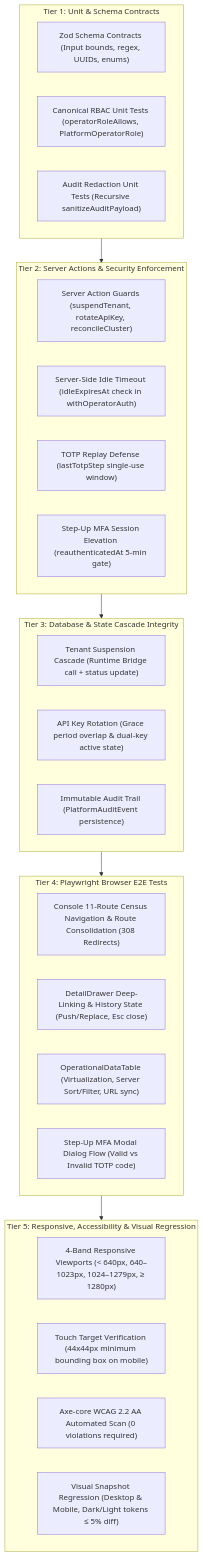
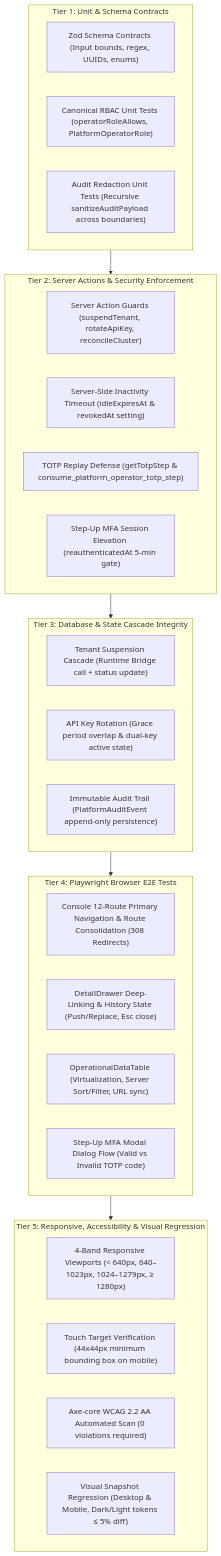
One commit to Nikhil-ig/OrbitoX-Platform changed the first of 2 diagrams in docs/ui-reset/phase-7c/08_TEST_PLAN_AND_ACCEPTANCE_CRITERIA.md. Above: the diagram before and after it, drawn with Mermaid. The commit also changed other lines of this file and 4 other files, not shown here.

Commit message:
docs(7c): reconcile 52-route census, grounded session and totp contracts, and dual audit redaction

````diff
--- a/docs/ui-reset/phase-7c/08_TEST_PLAN_AND_ACCEPTANCE_CRITERIA.md
+++ b/docs/ui-reset/phase-7c/08_TEST_PLAN_AND_ACCEPTANCE_CRITERIA.md
@@ -16,37 +16,37 @@
 ```mermaid
 graph TD
     subgraph Tier1 ["Tier 1: Unit & Schema Contracts"]
         ZOD["Zod Schema Contracts (Input bounds, regex, UUIDs, enums)"]
         AUTH_UNIT["Canonical RBAC Unit Tests (operatorRoleAllows, PlatformOperatorRole)"]
-        REDACT_UNIT["Audit Redaction Unit Tests (Recursive sanitizeAuditPayload)"]
+        REDACT_UNIT["Audit Redaction Unit Tests (Recursive sanitizeAuditPayload across boundaries)"]
     end
 
     subgraph Tier2 ["Tier 2: Server Actions & Security Enforcement"]
         ACTION_AUTH["Server Action Guards (suspendTenant, rotateApiKey, reconcileCluster)"]
-        IDLE_EXP["Server-Side Idle Timeout (idleExpiresAt check in withOperatorAuth)"]
-        TOTP_REPLAY["TOTP Replay Defense (lastTotpStep single-use window)"]
+        IDLE_EXP["Server-Side Inactivity Timeout (idleExpiresAt & revokedAt setting)"]
+        TOTP_REPLAY["TOTP Replay Defense (getTotpStep & consume_platform_operator_totp_step)"]
         STEPUP_MFA["Step-Up MFA Session Elevation (reauthenticatedAt 5-min gate)"]
     end
 
     subgraph Tier3 ["Tier 3: Database & State Cascade Integrity"]
         TENANT_CASCADE["Tenant Suspension Cascade (Runtime Bridge call + status update)"]
         KEY_ROTATION["API Key Rotation (Grace period overlap & dual-key active state)"]
-        AUDIT_IMMUTABLE["Immutable Audit Trail (PlatformAuditEvent persistence)"]
+        AUDIT_IMMUTABLE["Immutable Audit Trail (PlatformAuditEvent append-only persistence)"]
     end
 
     subgraph Tier4 ["Tier 4: Playwright Browser E2E Tests"]
-        ROUTE_NAV["Console 11-Route Census Navigation & Route Consolidation (308 Redirects)"]
+        ROUTE_NAV["Console 12-Route Primary Navigation & Route Consolidation (308 Redirects)"]
         DRAWER_E2E["DetailDrawer Deep-Linking & History State (Push/Replace, Esc close)"]
         TABLE_E2E["OperationalDataTable (Virtualization, Server Sort/Filter, URL sync)"]
         STEPUP_E2E["Step-Up MFA Modal Dialog Flow (Valid vs Invalid TOTP code)"]
     end
 
     subgraph Tier5 ["Tier 5: Responsive, Accessibility & Visual Regression"]
         RESPONSIVE_4B["4-Band Responsive Viewports (< 640px, 640–1023px, 1024–1279px, ≥ 1280px)"]
         TOUCH_TARGETS["Touch Target Verification (44x44px minimum bounding box on mobile)"]
         AXE_WCAG["Axe-core WCAG 2.2 AA Automated Scan (0 violations required)"]
         PIXELMATCH["Visual Snapshot Regression (Desktop & Mobile, Dark/Light tokens ≤ 5% diff)"]
     end
 
     Tier1 --> Tier2 --> Tier3 --> Tier4 --> Tier5
 ```
````
